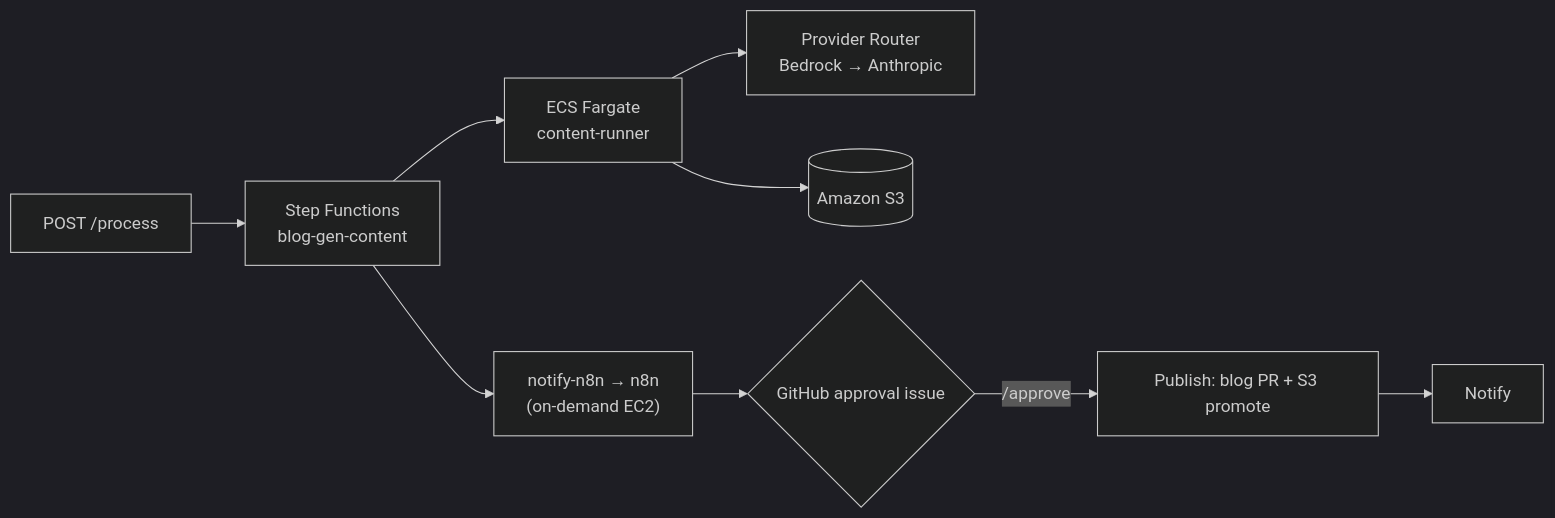
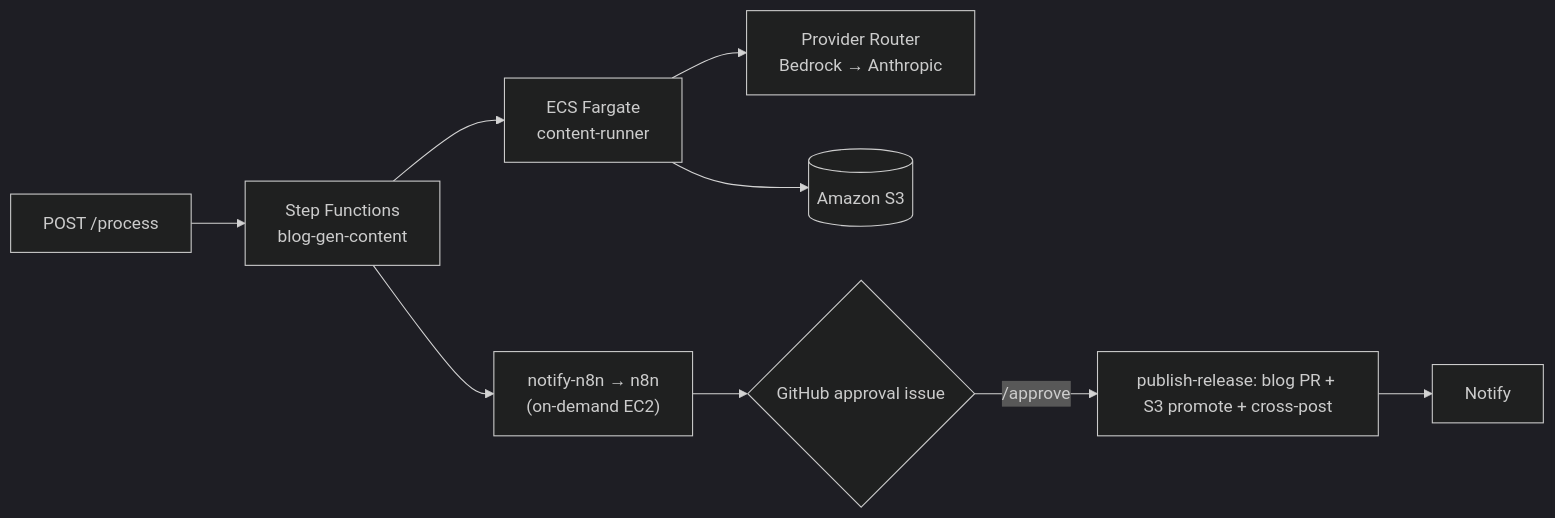
The second of 6 diagrams in README.md (teddynted/ai-github-repository-blog-generator), drawn with Mermaid (dark theme) before and after one commit. The commit also changed other lines of this file and 1 other file, not shown here.

First line of the commit message:
docs: reflect publish-release, cross-posting, and idle-stop lifecycle (#212)

````diff
--- a/README.md
+++ b/README.md
@@ -246,11 +246,11 @@
 ```mermaid
 flowchart LR
     P["POST /process"] --> SFN["Step Functions<br/>blog-gen-content"]
     SFN --> FG["ECS Fargate<br/>content-runner"]
     FG --> RTR["Provider Router<br/>Bedrock → Anthropic"]
     FG --> S3[("Amazon S3")]
     SFN --> NL["notify-n8n → n8n<br/>(on-demand EC2)"]
     NL --> APR{"GitHub approval issue"}
-    APR -->|"/approve"| PUB["Publish: blog PR + S3 promote"]
+    APR -->|"/approve"| PUB["publish-release: blog PR + S3 promote + cross-post"]
     PUB --> NOT["Notify"]
 ```
````
